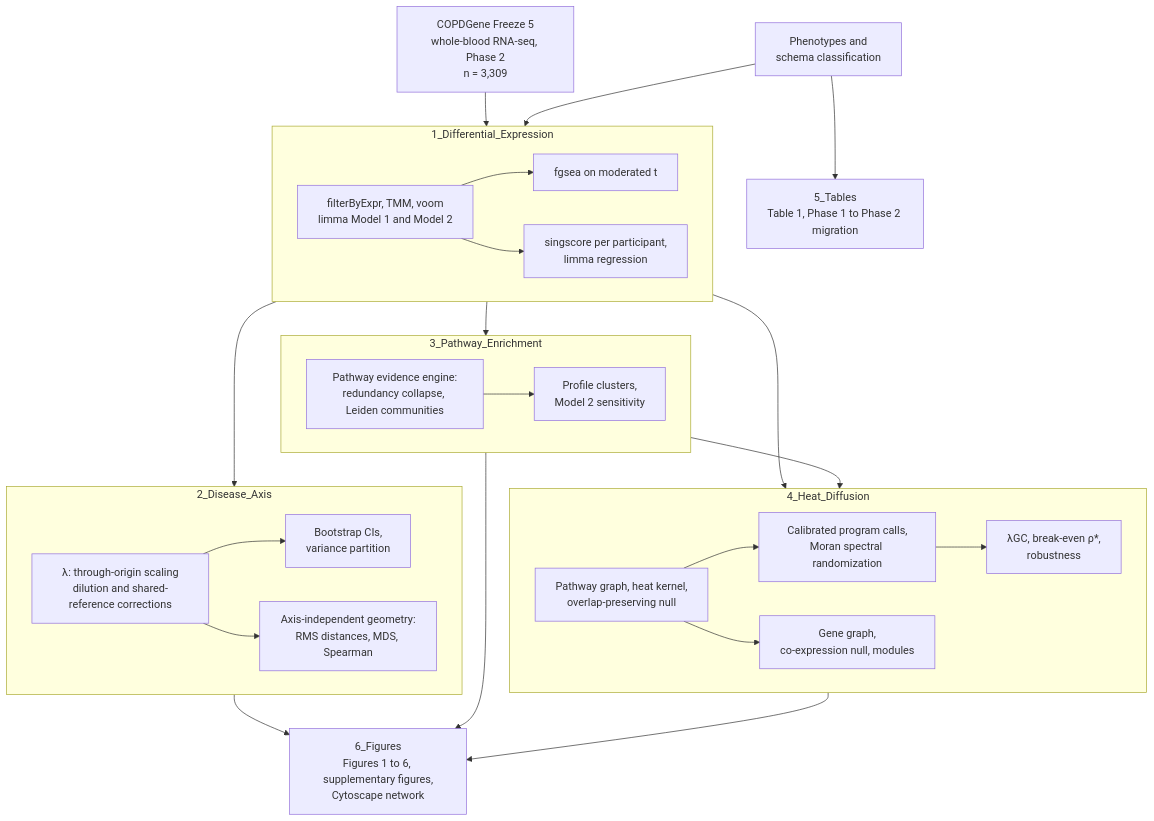
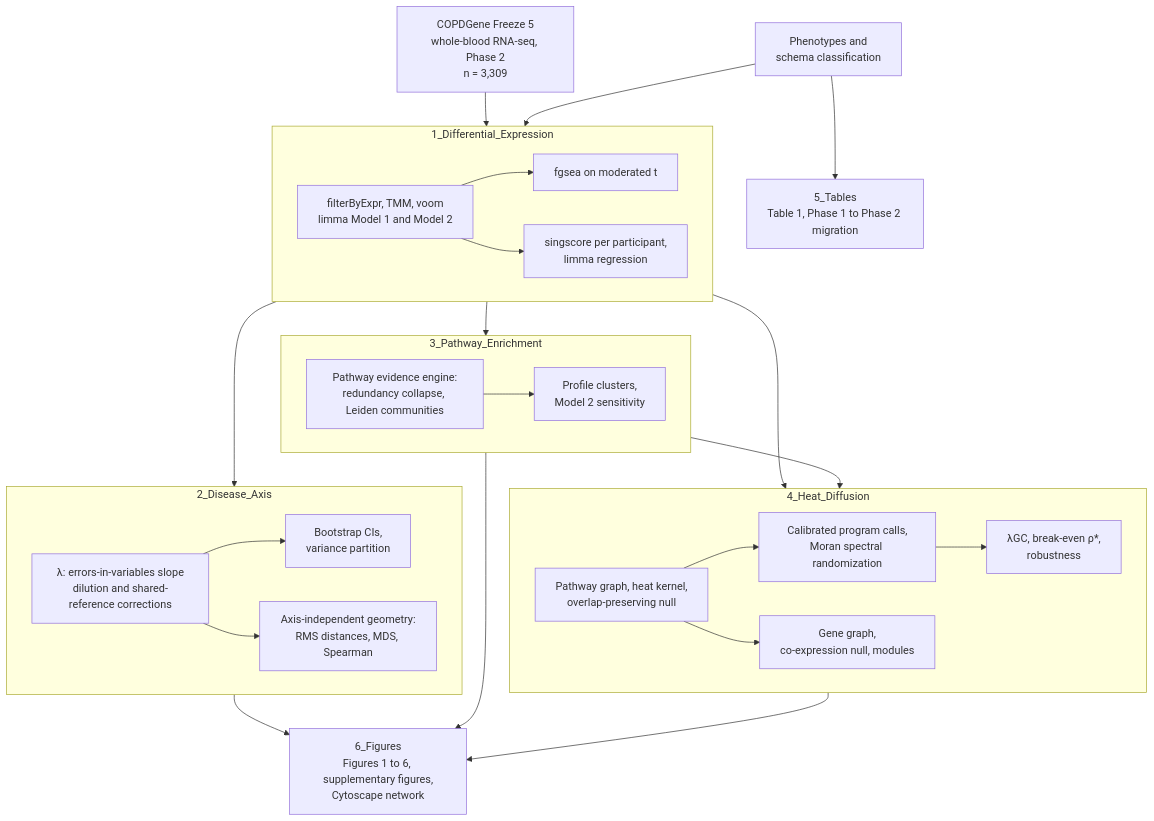
Before and after one commit to sciencesamaritan/COPD_Schema_UAB: the diagram in README.md, drawn with Mermaid. The commit also changed other lines of this file, not shown here.

````diff
--- a/README.md
+++ b/README.md
@@ -31,42 +31,42 @@
 ```mermaid
 flowchart TD
     D0["COPDGene Freeze 5<br/>whole-blood RNA-seq, Phase 2<br/>n = 3,309"] --> S1
     P0["Phenotypes and<br/>schema classification"] --> S1
     P0 --> S5
 
     subgraph S1["1_Differential_Expression"]
         direction LR
         A1["filterByExpr, TMM, voom<br/>limma Model 1 and Model 2"] --> A2["fgsea on moderated t"]
         A1 --> A3["singscore per participant,<br/>limma regression"]
     end
 
     S1 --> S2
     S1 --> S3
 
     subgraph S2["2_Disease_Axis"]
         direction LR
-        B1["λ: through-origin scaling<br/>dilution and shared-reference corrections"] --> B2["Bootstrap CIs,<br/>variance partition"]
+        B1["λ: errors-in-variables slope<br/>dilution and shared-reference corrections"] --> B2["Bootstrap CIs,<br/>variance partition"]
         B1 --> B3["Axis-independent geometry:<br/>RMS distances, MDS, Spearman"]
     end
 
     subgraph S3["3_Pathway_Enrichment"]
         direction LR
         C1["Pathway evidence engine:<br/>redundancy collapse, Leiden communities"] --> C2["Profile clusters,<br/>Model 2 sensitivity"]
     end
 
     S1 --> S4
     S3 --> S4
 
     subgraph S4["4_Heat_Diffusion"]
         direction LR
         E1["Pathway graph, heat kernel,<br/>overlap-preserving null"] --> E2["Calibrated program calls,<br/>Moran spectral randomization"]
         E1 --> E3["Gene graph,<br/>co-expression null, modules"]
         E2 --> E4["λGC, break-even ρ*,<br/>robustness"]
     end
 
     S5["5_Tables<br/>Table 1, Phase 1 to Phase 2 migration"]
     S2 --> S6
     S3 --> S6
     S4 --> S6
     S6["6_Figures<br/>Figures 1 to 6, supplementary figures,<br/>Cytoscape network"]
 ```
````
